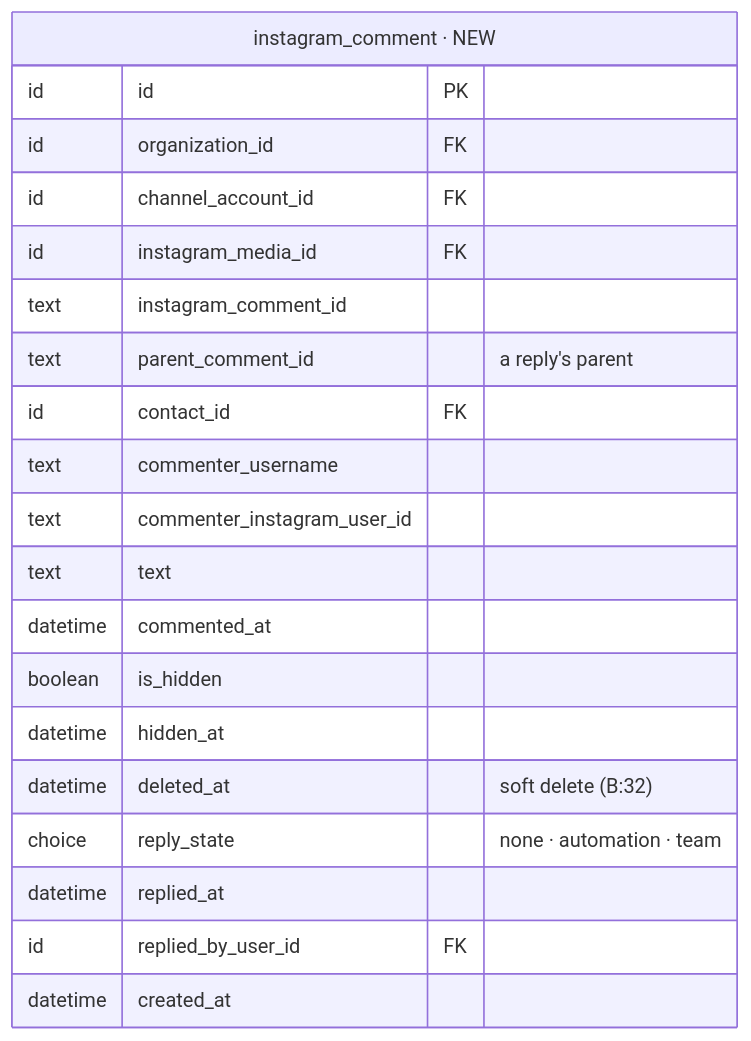
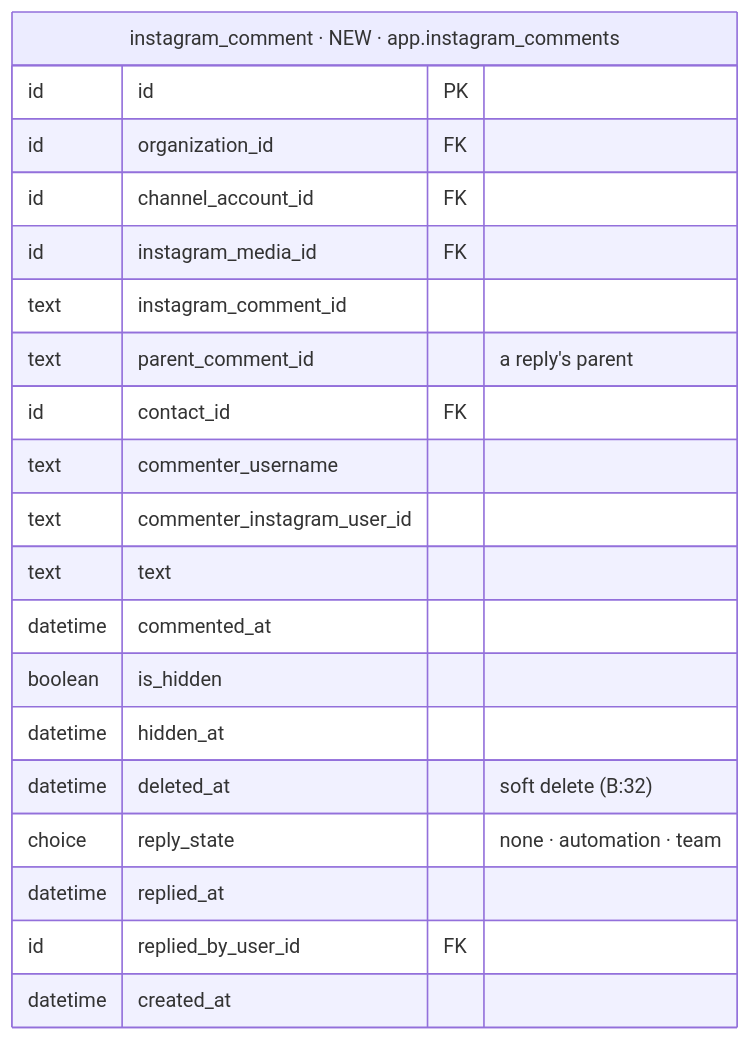
The second of 3 diagrams in iterations/feat-instagram-engage-2026-11-26-suzw/plans/db-changes.md (albetrios/meepzo-be), drawn with Mermaid before and after one commit. The commit also changed other lines of this file and 1 other file, not shown here.

First line of the commit message:
docs(iterations): plan feat-instagram-engage — step 4 answers

````diff
--- a/iterations/feat-instagram-engage-2026-11-26-suzw/plans/db-changes.md
+++ b/iterations/feat-instagram-engage-2026-11-26-suzw/plans/db-changes.md
@@ -33,23 +33,23 @@
 ```mermaid
 erDiagram
-  instagram_comment["instagram_comment · NEW"] {
+  instagram_comment["instagram_comment · NEW · app.instagram_comments"] {
     id id PK
     id organization_id FK
     id channel_account_id FK
     id instagram_media_id FK
     text instagram_comment_id
     text parent_comment_id "a reply's parent"
     id contact_id FK
     text commenter_username
     text commenter_instagram_user_id
     text text
     datetime commented_at
     boolean is_hidden
     datetime hidden_at
     datetime deleted_at "soft delete (B:32)"
     choice reply_state "none · automation · team"
     datetime replied_at
     id replied_by_user_id FK
     datetime created_at
   }
 ```
````
